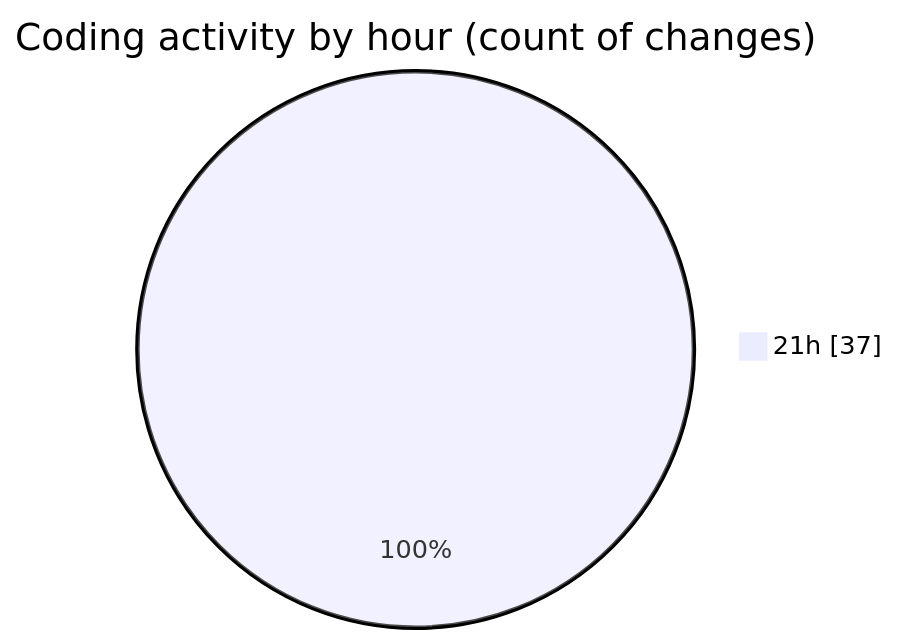
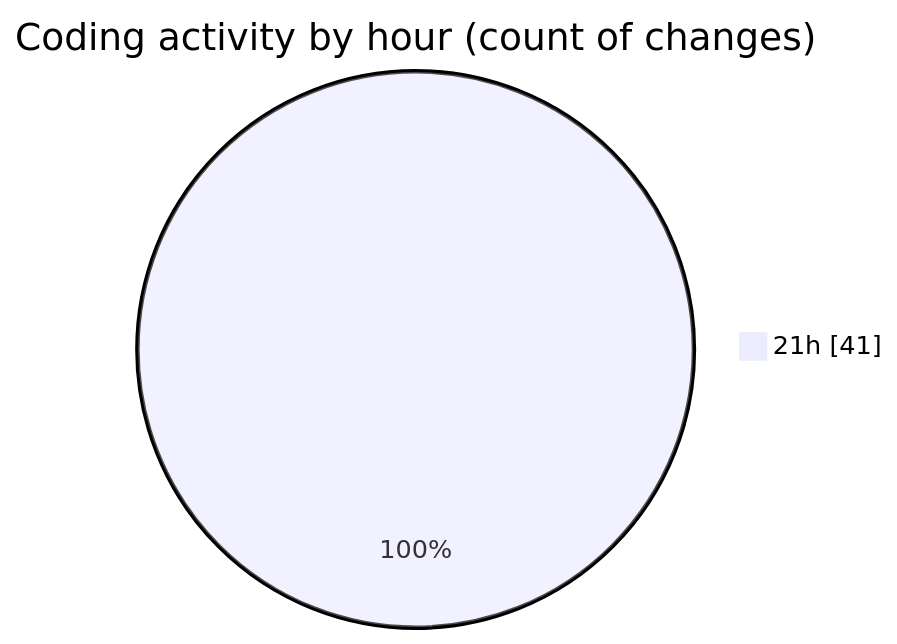
The second of 2 diagrams in 2025-10-15/scopecraft/README.md (Ritupan-Deka/code-tracking), drawn with Mermaid before and after one commit. The commit also changed other lines of this file and 1 other file, not shown here.

````diff
--- a/2025-10-15/scopecraft/README.md
+++ b/2025-10-15/scopecraft/README.md
@@ -30,5 +30,5 @@
 ```mermaid
 pie showData
 title Coding activity by hour (count of changes)
-"21h" : 37
+"21h" : 41
 ```
````
